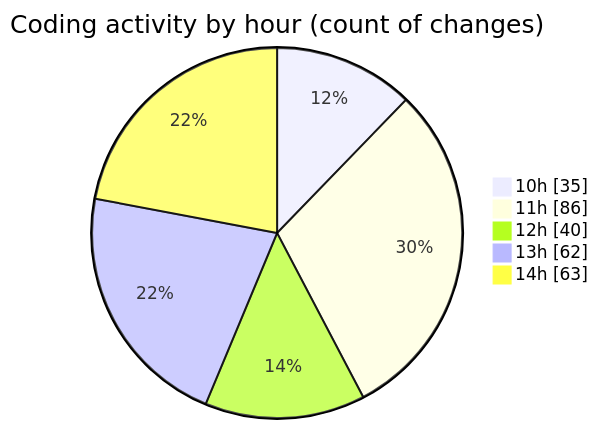
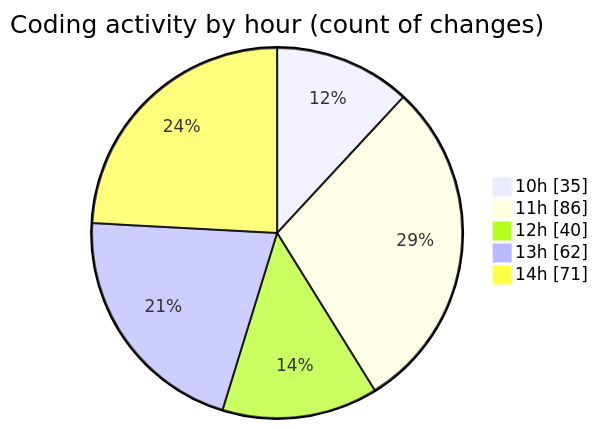
One commit to momahboobian/code-tracking changed the second of 2 diagrams in 2025-03-28/cda/README.md. Above: the diagram before and after it, drawn with Mermaid. The commit also changed other lines of this file and 1 other file, not shown here.

````diff
--- a/2025-03-28/cda/README.md
+++ b/2025-03-28/cda/README.md
@@ -36,9 +37,9 @@
 ```mermaid
 pie showData
 title Coding activity by hour (count of changes)
 "10h" : 35
 "11h" : 86
 "12h" : 40
 "13h" : 62
-"14h" : 63
+"14h" : 71
 ```
````
